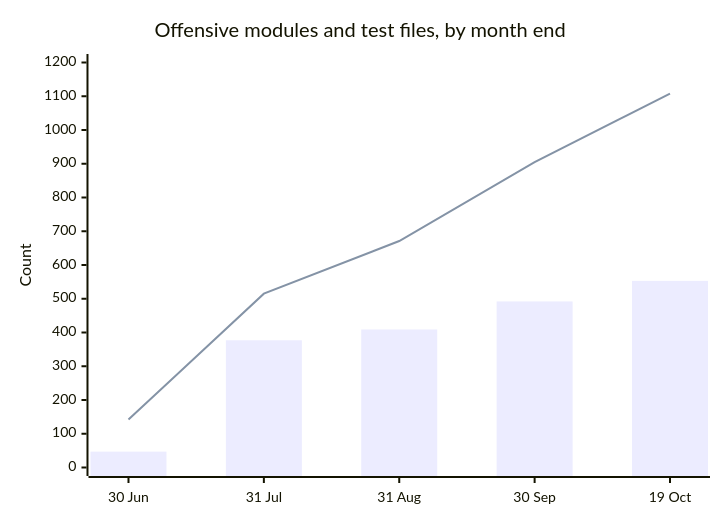
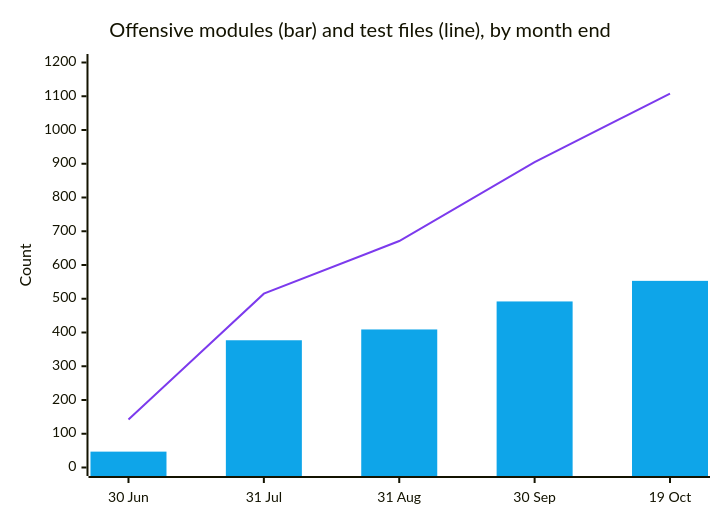
One commit to huzorobi/nullcadre-research changed the diagram in README.md. Above: the diagram before and after it, drawn with Mermaid. The commit also changed other lines of this file and 1 other file, not shown here.

````diff
--- a/README.md
+++ b/README.md
@@ -87,8 +87,9 @@
 ```mermaid
+%%{init: {"theme": "base", "themeVariables": {"xyChart": {"plotColorPalette": "#0ea5e9, #7c3aed"}}}}%%
 xychart-beta
-    title "Offensive modules and test files, by month end"
+    title "Offensive modules (bar) and test files (line), by month end"
     x-axis ["30 Jun", "31 Jul", "31 Aug", "30 Sep", "19 Oct"]
     y-axis "Count" 0 --> 1200
     bar [47, 377, 409, 492, 553]
     line [142, 515, 671, 905, 1108]
 ```
````
